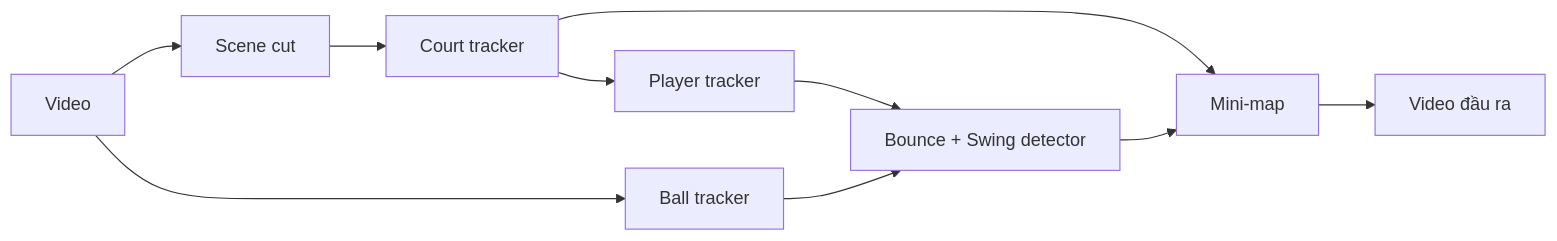
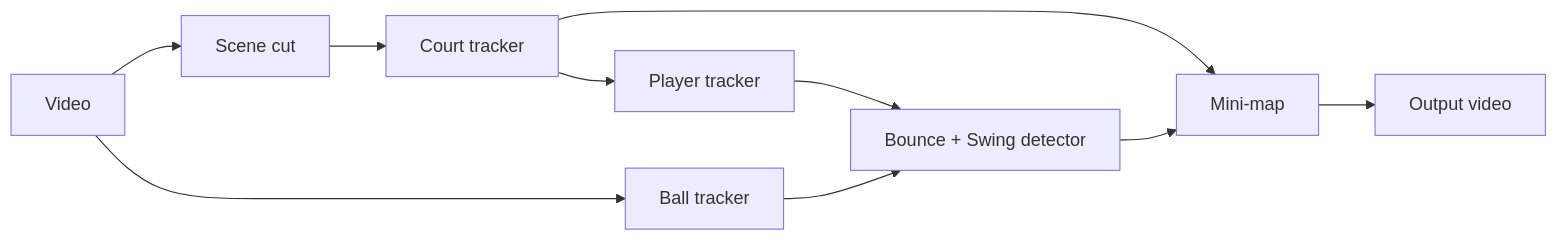
One commit to binhandinhh-droid/Tennis-Vision changed the diagram in README.md. Above: the diagram before and after it, drawn with Mermaid. The commit also changed other lines of this file and 1 other file, not shown here.

````diff
--- a/README.md
+++ b/README.md
@@ -21,12 +21,12 @@
 ```mermaid
 flowchart LR
   V[Video] --> S[Scene cut]
   S --> C[Court tracker]
   C --> P[Player tracker]
   V --> B[Ball tracker]
   P --> D[Bounce + Swing detector]
   B --> D
   C --> M[Mini-map]
   D --> M
-  M --> O[Video đầu ra]
+  M --> O[Output video]
 ```
````
